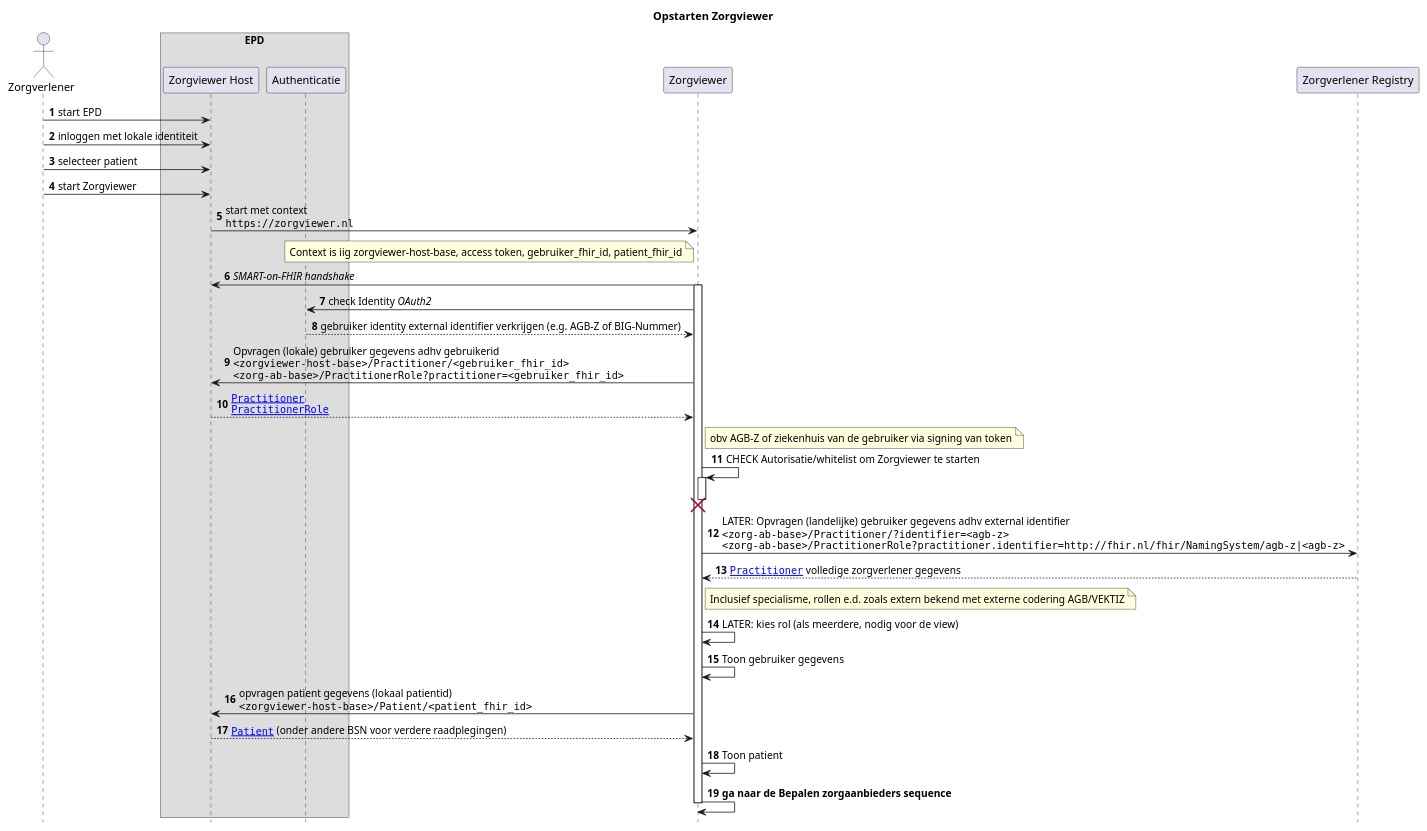
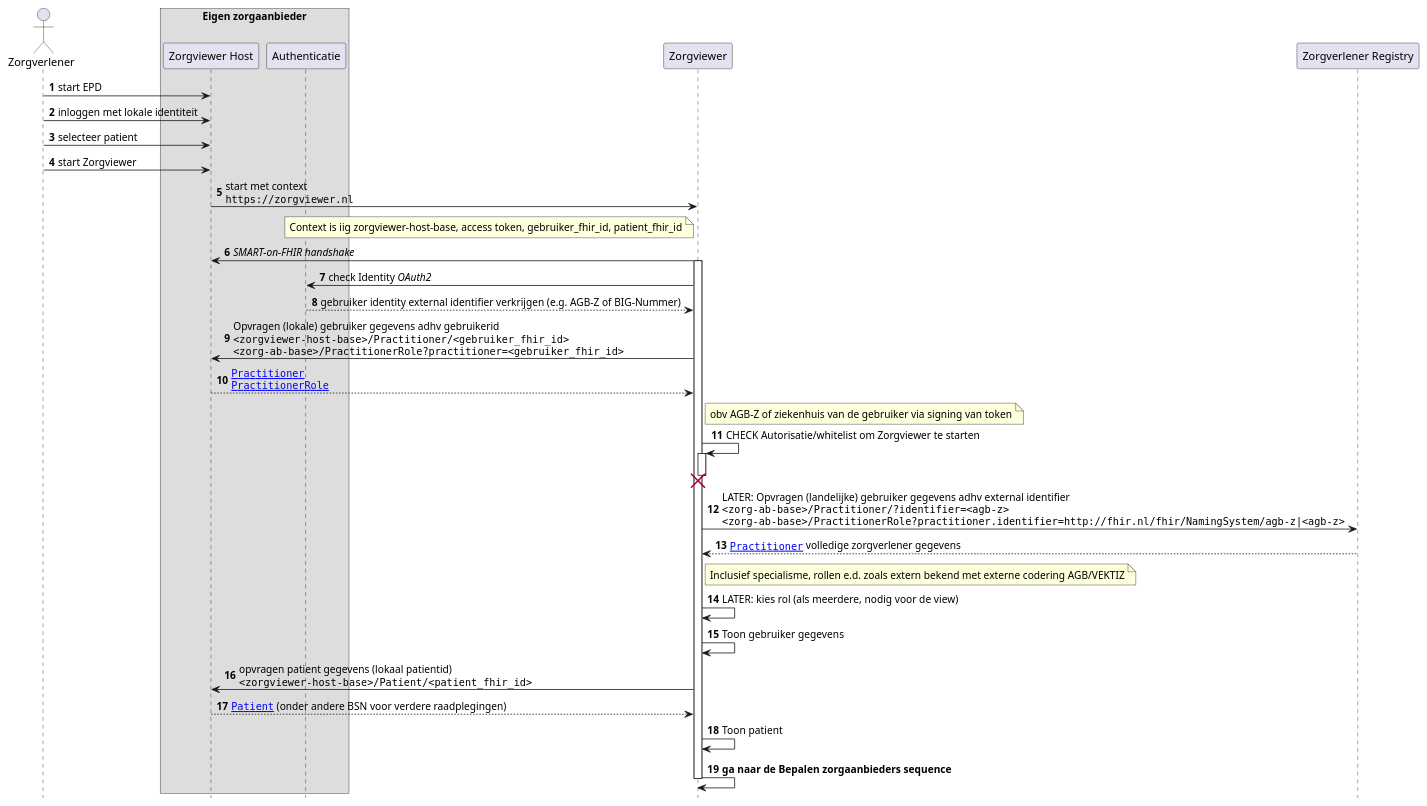
Before and after one commit to RIVO-Noord/zorgviewer-ig: the diagram in input/images-source/Zorgviewer-seq-1-fhir.plantuml, drawn with PlantUML. The commit also changed 4 other files, not shown here.

```diff
--- a/input/images-source/Zorgviewer-seq-1-fhir.plantuml
+++ b/input/images-source/Zorgviewer-seq-1-fhir.plantuml
@@ -1,55 +1,53 @@
 @startuml
 hide footbox
 autonumber
 
-title Opstarten Zorgviewer
-
 actor Zorgverlener
-box "EPD"
+box "Eigen zorgaanbieder"
 participant "Zorgviewer Host" as Host
 participant Authenticatie
 end box
 participant Zorgviewer
 participant "Zorgverlener Registry" as ZorgverlenerRegistry
 
 Zorgverlener->Host: start EPD
 Zorgverlener->Host: inloggen met lokale identiteit
 Zorgverlener->Host: selecteer patient
 Zorgverlener->Host: start Zorgviewer
 Host->Zorgviewer: start met context\n""https://zorgviewer.nl""
 note left Zorgviewer
  Context is iig zorgviewer-host-base, access token, gebruiker_fhir_id, patient_fhir_id
 end note
 Zorgviewer->Host: //SMART-on-FHIR handshake//
 
 activate Zorgviewer
 Zorgviewer->Authenticatie: check Identity //OAuth2//
 Authenticatie-->Zorgviewer: gebruiker identity external identifier verkrijgen (e.g. AGB-Z of BIG-Nummer)
 Zorgviewer->Host: Opvragen (lokale) gebruiker gegevens adhv gebruikerid\n""<zorgviewer-host-base>/Practitioner/<gebruiker_fhir_id>""\n""<zorg-ab-base>/PractitionerRole?practitioner=<gebruiker_fhir_id>""
 Host-->Zorgviewer: ""[[StructureDefinition-Practitioner.html Practitioner]]""\n""[[StructureDefinition-PractitionerRole.html PractitionerRole]]""
 note right Zorgviewer
     obv AGB-Z of ziekenhuis van de gebruiker via signing van token
 end note
 Zorgviewer->Zorgviewer++: CHECK Autorisatie/whitelist om Zorgviewer te starten
 destroy Zorgviewer
 
 ' ZORB-AB Implementatiehandleiding 2.8 paragraaf 4.7
 Zorgviewer->ZorgverlenerRegistry: LATER: Opvragen (landelijke) gebruiker gegevens adhv external identifier\n""<zorg-ab-base>/Practitioner/?identifier=<agb-z>""\n""<zorg-ab-base>/PractitionerRole?practitioner.identifier=http://fhir.nl/fhir/NamingSystem/agb-z|<agb-z>""
 ZorgverlenerRegistry-->Zorgviewer: ""[[StructureDefinition-Practitioner.html Practitioner]]"" volledige zorgverlener gegevens
 note right Zorgviewer
   Inclusief specialisme, rollen e.d. zoals extern bekend met externe codering AGB/VEKTIZ
 end note
 
 Zorgviewer->Zorgviewer: LATER: kies rol (als meerdere, nodig voor de view)
 
 Zorgviewer->Zorgviewer: Toon gebruiker gegevens
 
 Zorgviewer->Host: opvragen patient gegevens (lokaal patientid)\n""<zorgviewer-host-base>/Patient/<patient_fhir_id>""
 Host-->Zorgviewer: ""[[StructureDefinition-Patient.html Patient]]"" (onder andere BSN voor verdere raadplegingen)
 Zorgviewer->Zorgviewer: Toon patient
 
 Zorgviewer->Zorgviewer: **ga naar de Bepalen zorgaanbieders sequence**
 
 deactivate Zorgviewer
 
 @enduml
```
